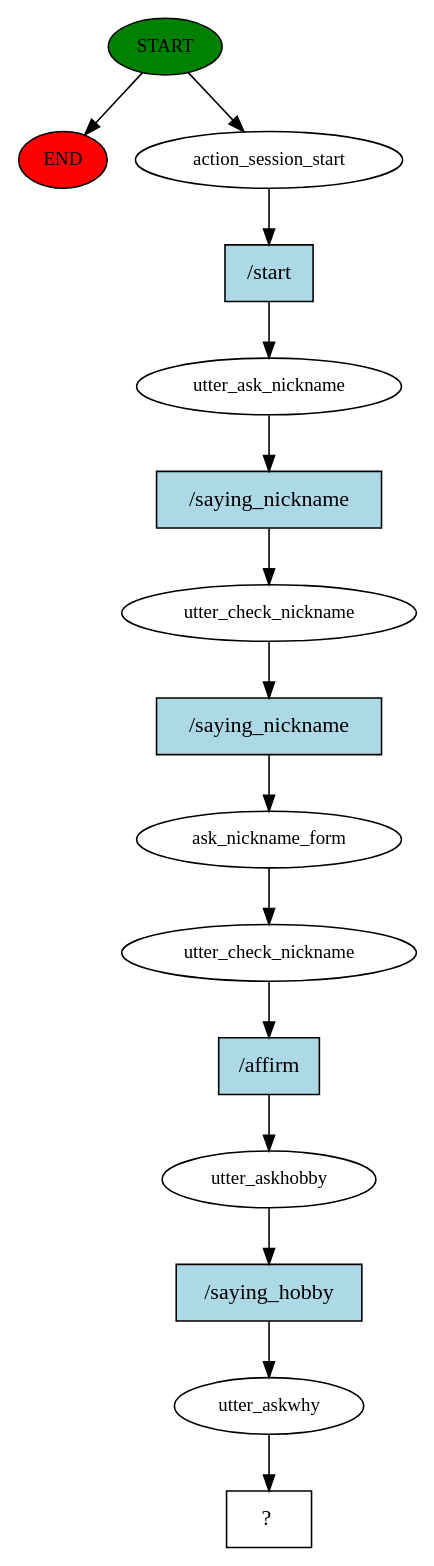
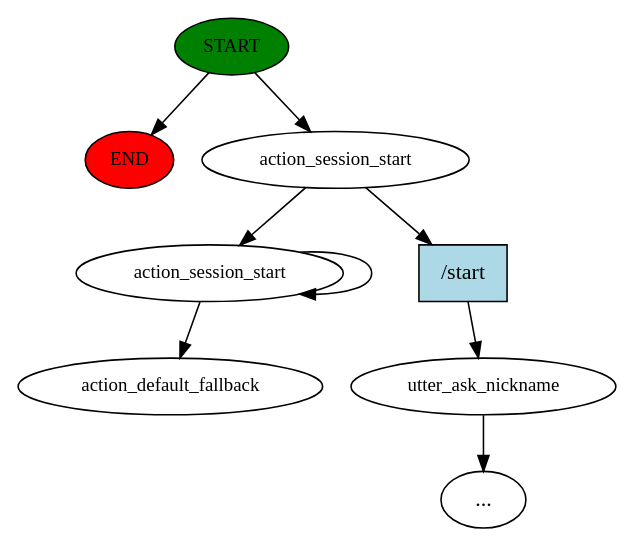
One commit to zeze98/RASA changed the diagram in story_graph.dot. Above: the diagram before and after it, drawn with Graphviz. The commit also changed 942 other files, not shown here.

```diff
--- a/story_graph.dot
+++ b/story_graph.dot
@@ -1,31 +1,18 @@
 digraph  {
 0 [class="start active", fillcolor=green, fontsize=12, label=START, style=filled];
 "-1" [class=end, fillcolor=red, fontsize=12, label=END, style=filled];
 1 [class=active, fontsize=12, label=action_session_start];
-2 [class=active, fontsize=12, label=utter_ask_nickname];
-3 [class=active, fontsize=12, label=utter_check_nickname];
-4 [class=active, fontsize=12, label=ask_nickname_form];
-5 [class=active, fontsize=12, label=utter_check_nickname];
-6 [class=active, fontsize=12, label=utter_askhobby];
-7 [class=active, fontsize=12, label=utter_askwhy];
-8 [class="intent dashed active", label="  ?  ", shape=rect];
-9 [class="intent active", fillcolor=lightblue, label="/start", shape=rect, style=filled];
-10 [class="intent active", fillcolor=lightblue, label="/saying_nickname", shape=rect, style=filled];
-11 [class="intent active", fillcolor=lightblue, label="/saying_nickname", shape=rect, style=filled];
-12 [class="intent active", fillcolor=lightblue, label="/affirm", shape=rect, style=filled];
-13 [class="intent active", fillcolor=lightblue, label="/saying_hobby", shape=rect, style=filled];
+2 [class="", fontsize=12, label=utter_ask_nickname];
+"-3" [class=ellipsis, label="..."];
+4 [class=active, fontsize=12, label=action_session_start];
+6 [class="dashed active", fontsize=12, label=action_default_fallback];
+7 [class=intent, fillcolor=lightblue, label="/start", shape=rect, style=filled];
 0 -> "-1"  [class="", key=NONE, label=""];
 0 -> 1  [class=active, key=NONE, label=""];
-1 -> 9  [class=active, key=0];
-2 -> 10  [class=active, key=0];
-3 -> 11  [class=active, key=0];
-4 -> 5  [class=active, key=NONE, label=""];
-5 -> 12  [class=active, key=0];
-6 -> 13  [class=active, key=0];
-7 -> 8  [class=active, key=NONE, label=""];
-9 -> 2  [class=active, key=0];
-10 -> 3  [class=active, key=0];
-11 -> 4  [class=active, key=0];
-12 -> 6  [class=active, key=0];
-13 -> 7  [class=active, key=0];
+1 -> 4  [class=active, key=NONE, label=""];
+1 -> 7  [class="", key=0];
+2 -> "-3"  [class="", key=NONE, label=""];
+4 -> 6  [class=active, key=NONE, label=""];
+4 -> 4  [class=active, key=NONE, label=""];
+7 -> 2  [class="", key=0];
 }
```
